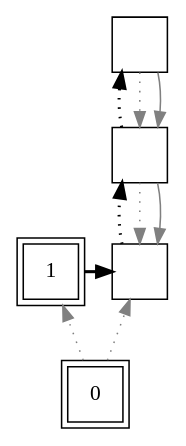
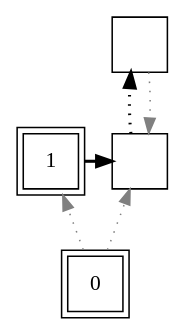
One commit to increpare/AbstractPropagationSim changed the diagram in mid/19/tree.gv. Above: the diagram before and after it, drawn with Graphviz. The commit also changed 11 other files, not shown here.

```diff
--- a/mid/19/tree.gv
+++ b/mid/19/tree.gv
@@ -1,18 +1,13 @@
 digraph G {
 rankdir = BT;
 Node [ fontname="Apple Symbols"];
 Player		[ label="1" shape=square peripheries=2];
 Ground		[ label="0" shape=square peripheries=2];
 Island0		[ label="" shape=square];
 Island1		[ label="" shape=square];
-Island2		[ label="" shape=square];
 	"Ground" -> "Player" [style=dotted color="gray"];
 	"Player" -> "Island0" [constraint=false  penwidth=2];
 	"Island1" -> "Island0" [style=dotted color="gray"];
 	"Ground" -> "Island0" [style=dotted color="gray"];
 	"Island0" -> "Island1" [style=dotted  penwidth=2];
-	"Island2" -> "Island1" [style=dotted color="gray"];
-	"Island1" -> "Island2" [style=dotted  penwidth=2];
-	"Island1" -> "Island0" [constraint=false color="gray"];
-	"Island2" -> "Island1" [constraint=false color="gray"];
 }
```
